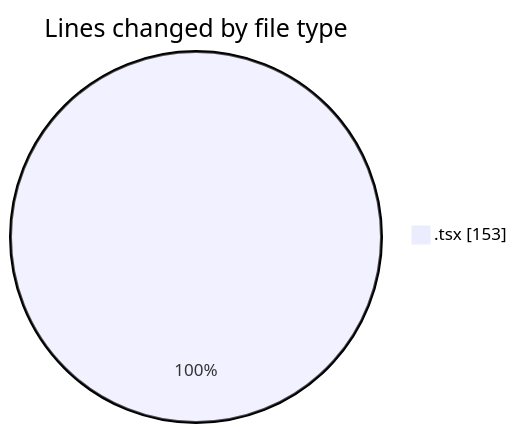
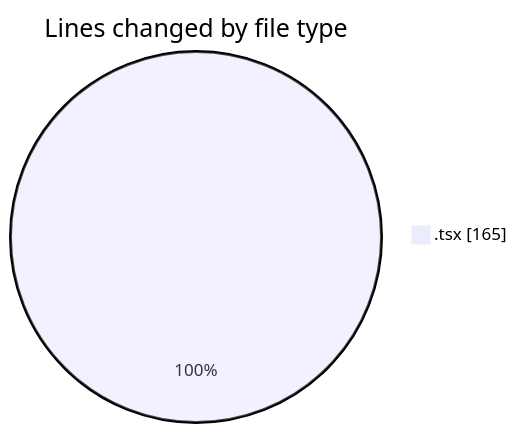
The first of 2 diagrams in 2025-06-24/scopecraft/README.md (Ritupan-Deka/code-tracking), drawn with Mermaid before and after one commit. The commit also changed other lines of this file and 1 other file, not shown here.

````diff
--- a/2025-06-24/scopecraft/README.md
+++ b/2025-06-24/scopecraft/README.md
@@ -23,5 +23,5 @@
 ```mermaid
 pie showData
 title Lines changed by file type
-".tsx" : 153
+".tsx" : 165
 ```
````
